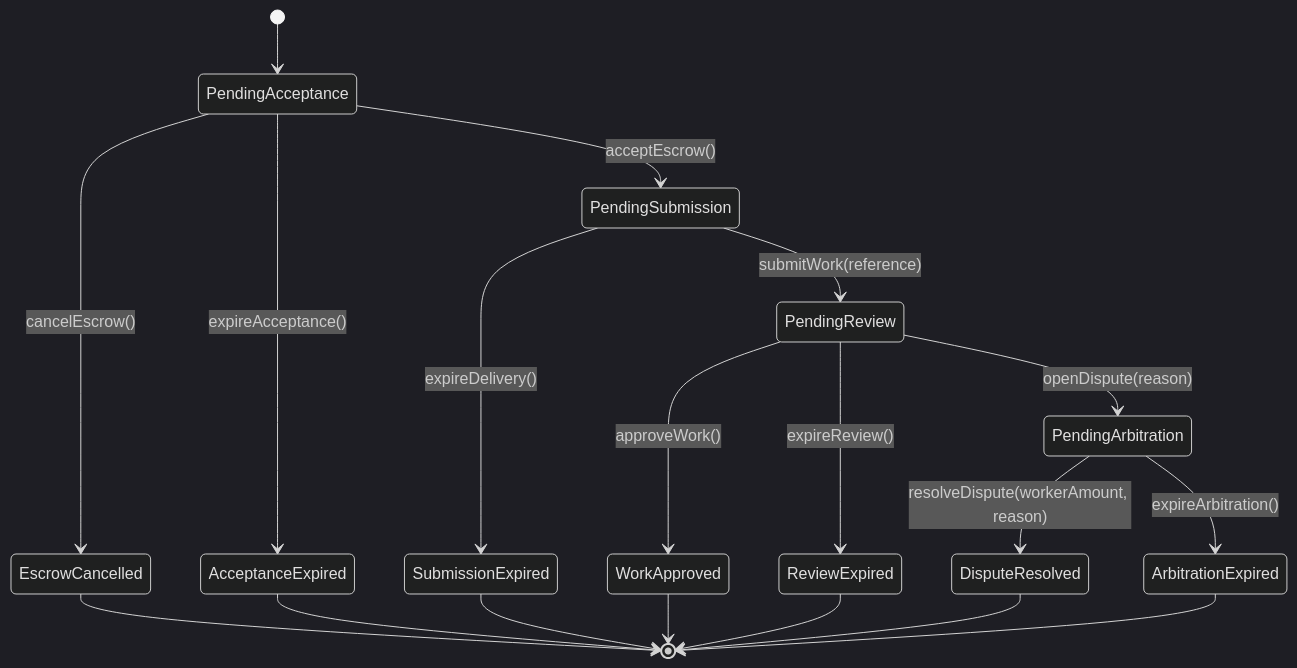
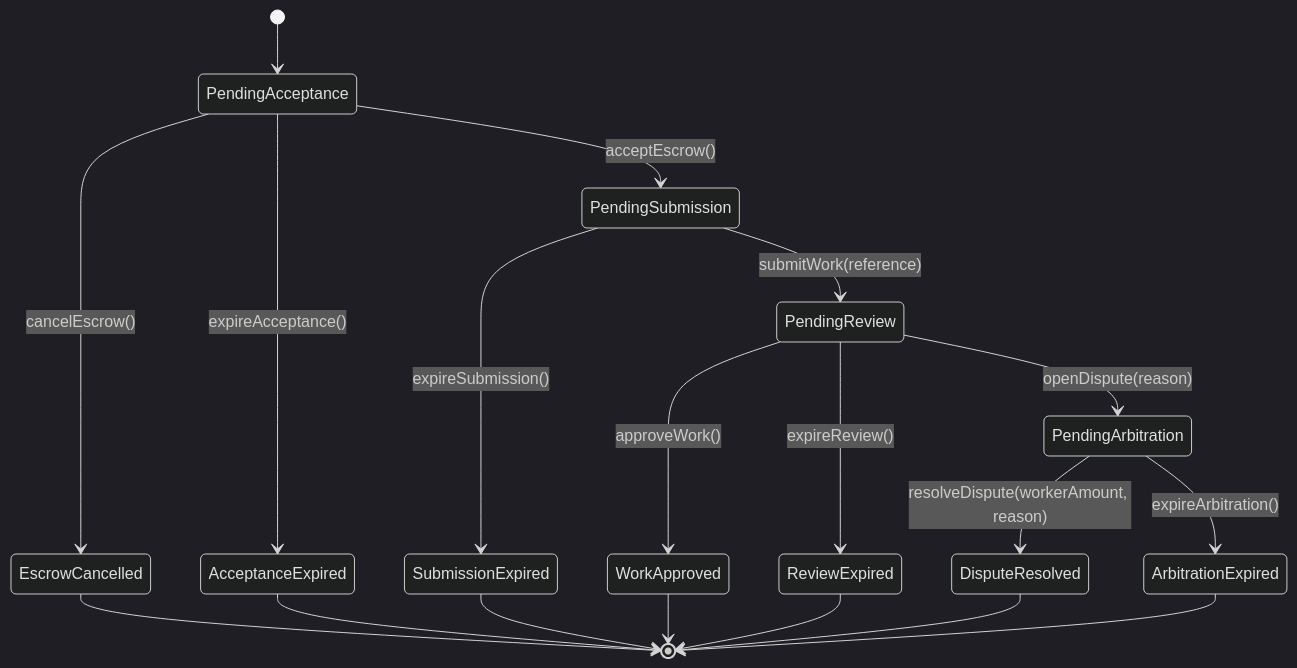
One commit to Pedro0604/Optativas-LS-LI changed the diagram in Blockchain/Laboratorios/Laboratorios-resueltos/TP-final/guia-resumen.md. Above: the diagram before and after it, drawn with Mermaid (dark theme). The commit also changed other lines of this file and 7 other files, not shown here.

````diff
--- a/Blockchain/Laboratorios/Laboratorios-resueltos/TP-final/guia-resumen.md
+++ b/Blockchain/Laboratorios/Laboratorios-resueltos/TP-final/guia-resumen.md
@@ -203,26 +203,26 @@
 ```mermaid
 stateDiagram-v2
     [*] --> PendingAcceptance
 
     PendingAcceptance --> PendingSubmission: acceptEscrow()
     PendingAcceptance --> EscrowCancelled: cancelEscrow()
     PendingAcceptance --> AcceptanceExpired: expireAcceptance()
 
     PendingSubmission --> PendingReview: submitWork(reference)
-    PendingSubmission --> SubmissionExpired: expireDelivery()
+    PendingSubmission --> SubmissionExpired: expireSubmission()
 
     PendingReview --> WorkApproved: approveWork()
     PendingReview --> PendingArbitration: openDispute(reason)
     PendingReview --> ReviewExpired: expireReview()
 
     PendingArbitration --> DisputeResolved: resolveDispute(workerAmount, reason)
     PendingArbitration --> ArbitrationExpired: expireArbitration()
 
     EscrowCancelled --> [*]
     AcceptanceExpired --> [*]
     SubmissionExpired --> [*]
     WorkApproved --> [*]
     ReviewExpired --> [*]
     DisputeResolved --> [*]
     ArbitrationExpired --> [*]
 ```
````
